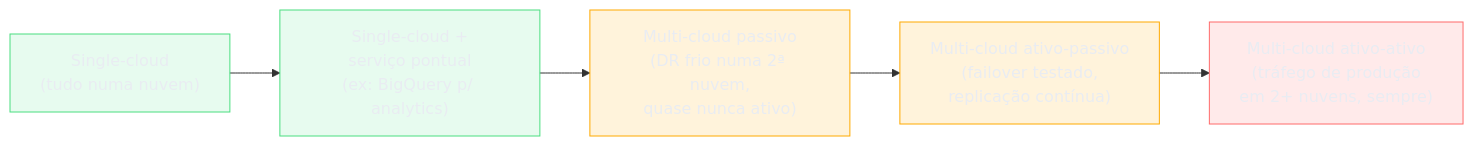
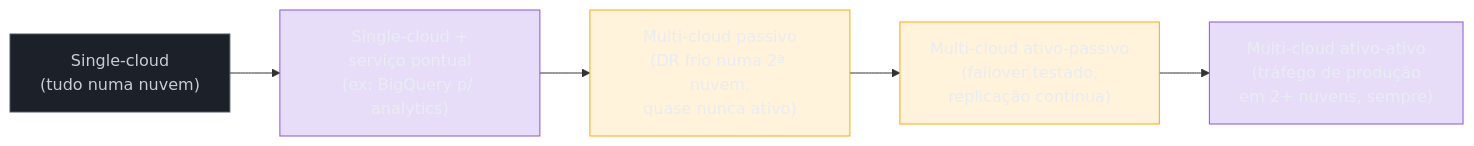
Before and after one commit to josenaldo/codex-technomanticus: the first of 2 diagrams in 03-Dominios/Tecnologia/Cloud/23 - Panorama multi-cloud e portabilidade/01 - Por que (e por que não) multi-cloud.md, drawn with Mermaid. The commit also changed 601 other files, not shown here.

````diff
--- a/03-Dominios/Tecnologia/Cloud/23 - Panorama multi-cloud e portabilidade/01 - Por que (e por que não) multi-cloud.md
+++ b/03-Dominios/Tecnologia/Cloud/23 - Panorama multi-cloud e portabilidade/01 - Por que (e por que não) multi-cloud.md
@@ -27,16 +27,16 @@
 ```mermaid
 flowchart LR
-    classDef ok fill:#4ADE8021,stroke:#4ADE80,color:#E9ECF2
+    classDef marca fill:#8855DF33,stroke:#8855DF,color:#E9ECF2
+    classDef neutro fill:#1B2029,stroke:#4E5666,color:#C6CCD8
     classDef destaque fill:#FFAA0024,stroke:#FFAA00,color:#E9ECF2
-    classDef falha fill:#FF6B6B24,stroke:#FF6B6B,color:#E9ECF2
     A["Single-cloud\n(tudo numa nuvem)"] --> B["Single-cloud +\nserviço pontual\n(ex: BigQuery p/ analytics)"]
     B --> C["Multi-cloud passivo\n(DR frio numa 2ª nuvem,\nquase nunca ativo)"]
     C --> D["Multi-cloud ativo-passivo\n(failover testado,\nreplicação contínua)"]
     D --> E["Multi-cloud ativo-ativo\n(tráfego de produção\nem 2+ nuvens, sempre)"]
 
-    class A ok
-    class B ok
+    class A neutro
+    class B marca
     class C destaque
     class D destaque
-    class E falha
+    class E marca
 ```
````
